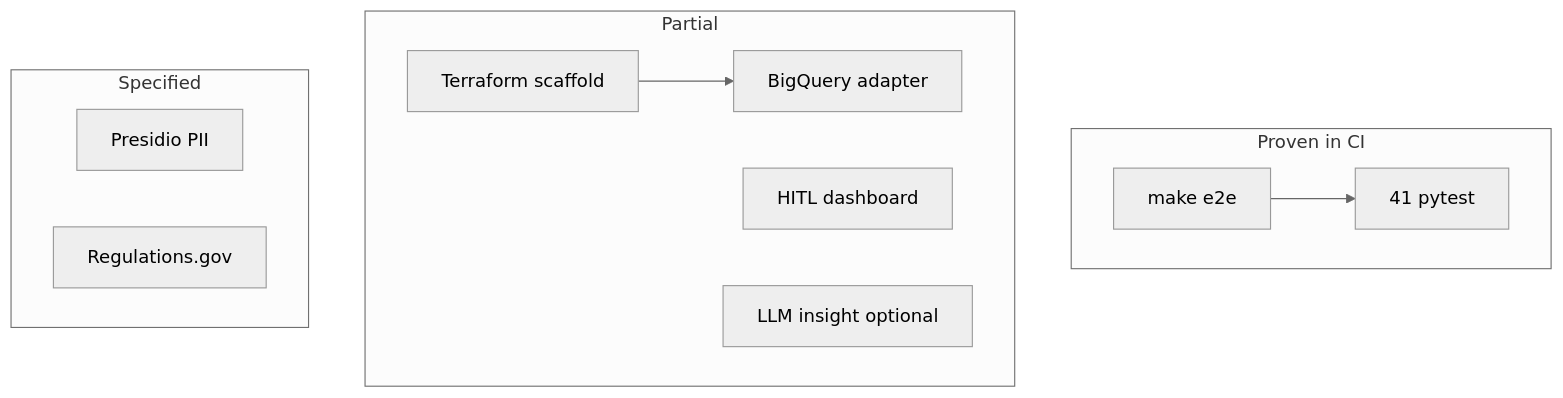
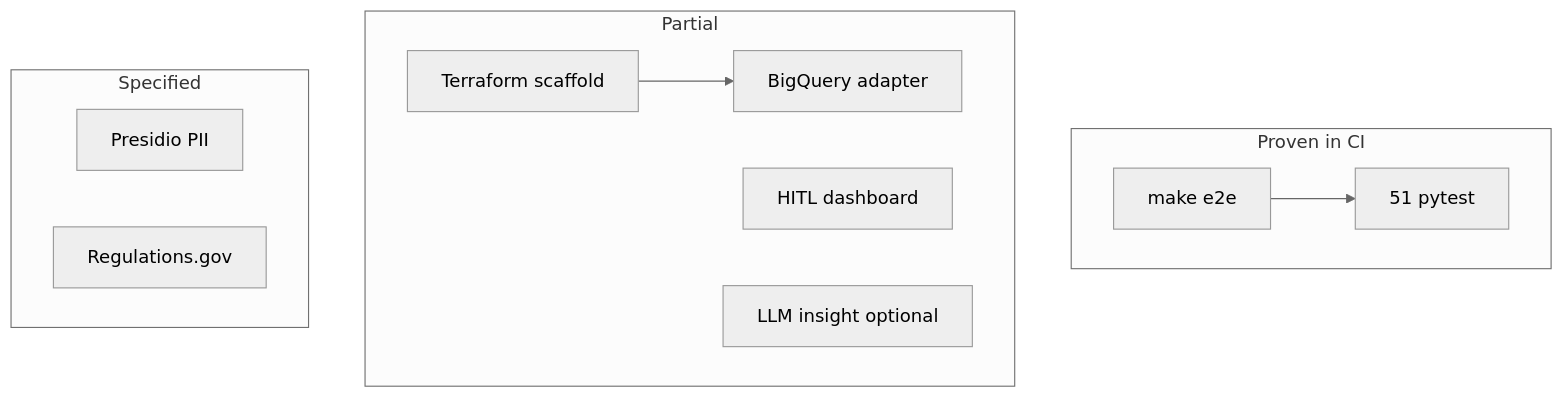
One commit to khaosans/operator-etl changed the diagram in docs/FINAL-REVIEW.md. Above: the diagram before and after it, drawn with Mermaid (neutral theme). The commit also changed other lines of this file and 36 other files, not shown here.

````diff
--- a/docs/FINAL-REVIEW.md
+++ b/docs/FINAL-REVIEW.md
@@ -45,22 +45,22 @@
 ```mermaid
 flowchart TB
   subgraph proven [Proven in CI]
     E2E[make e2e]
-    Pytest[41 pytest]
+    Pytest[51 pytest]
   end
 
   subgraph partial [Partial]
     TF[Terraform scaffold]
     BQ[BigQuery adapter]
     HITL[HITL dashboard]
     LLM[LLM insight optional]
   end
 
   subgraph specified [Specified]
     Presidio[Presidio PII]
     RegGov[Regulations.gov]
   end
 
   E2E --> Pytest
   TF --> BQ
 ```
````
